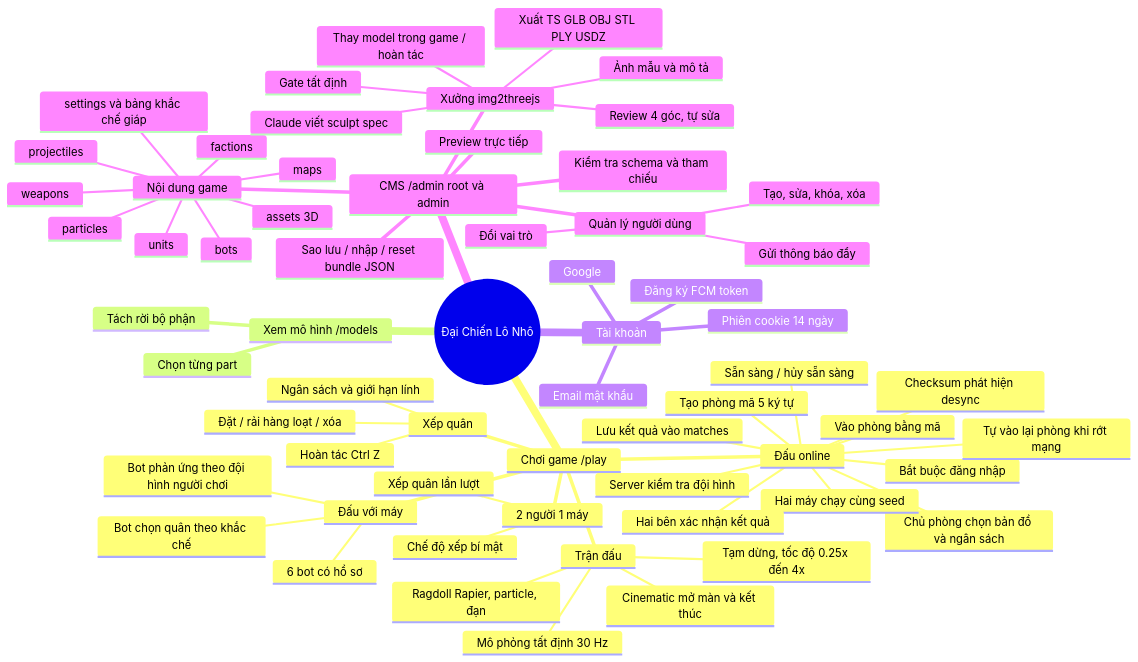
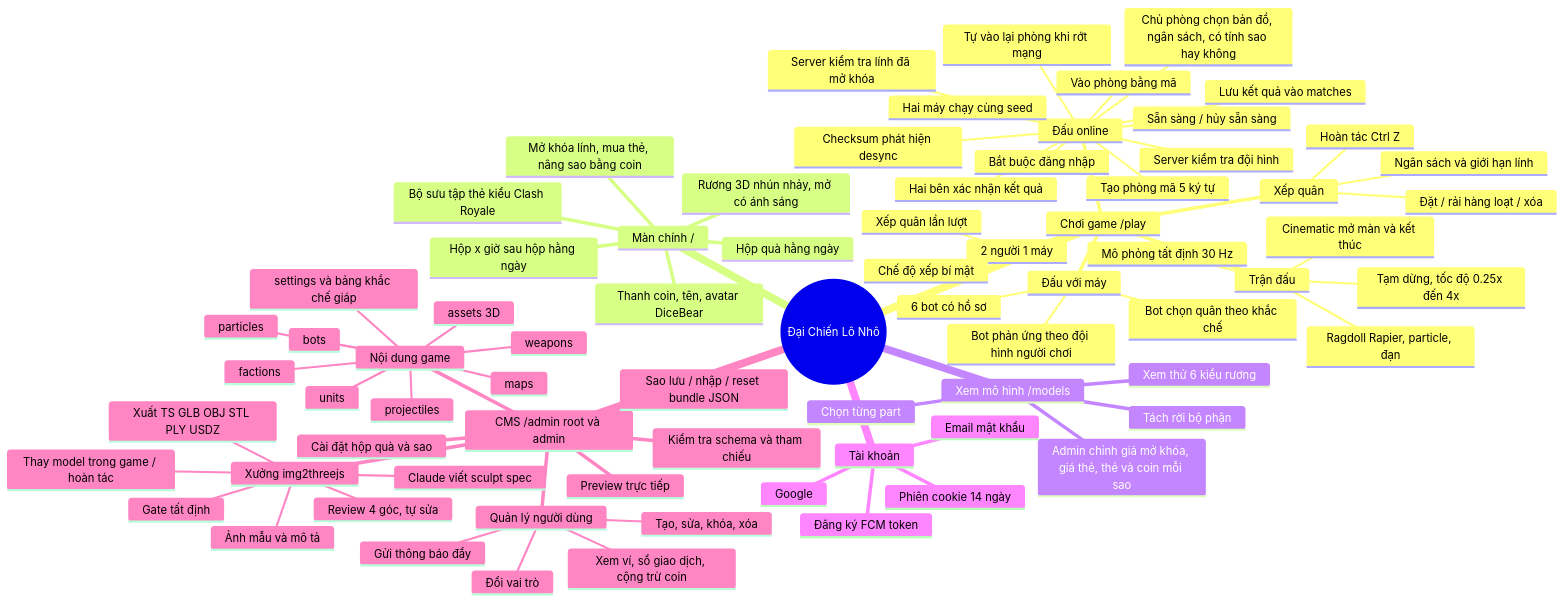
Before and after one commit to lualua0909/simulator-battle-webgame: the second of 11 diagrams in docs/ARCHITECTURE.md, drawn with Mermaid. The commit also changed other lines of this file and 52 other files, not shown here.

````diff
--- a/docs/ARCHITECTURE.md
+++ b/docs/ARCHITECTURE.md
@@ -72,66 +82,78 @@
 ```mermaid
 mindmap
   root((Đại Chiến Lô Nhô))
     Chơi game /play
       Đấu với máy
         6 bot có hồ sơ
         Bot chọn quân theo khắc chế
         Bot phản ứng theo đội hình người chơi
       2 người 1 máy
         Xếp quân lần lượt
         Chế độ xếp bí mật
       Đấu online
         Bắt buộc đăng nhập
         Tạo phòng mã 5 ký tự
         Vào phòng bằng mã
-        Chủ phòng chọn bản đồ và ngân sách
+        Chủ phòng chọn bản đồ, ngân sách, có tính sao hay không
+        Server kiểm tra lính đã mở khóa
         Sẵn sàng / hủy sẵn sàng
         Server kiểm tra đội hình
         Hai máy chạy cùng seed
         Checksum phát hiện desync
         Hai bên xác nhận kết quả
         Lưu kết quả vào matches
         Tự vào lại phòng khi rớt mạng
       Xếp quân
         Đặt / rải hàng loạt / xóa
         Hoàn tác Ctrl Z
         Ngân sách và giới hạn lính
       Trận đấu
         Mô phỏng tất định 30 Hz
         Tạm dừng, tốc độ 0.25x đến 4x
         Ragdoll Rapier, particle, đạn
         Cinematic mở màn và kết thúc
+    Màn chính /
+      Thanh coin, tên, avatar DiceBear
+      Hộp quà hằng ngày
+      Hộp x giờ sau hộp hằng ngày
+      Rương 3D nhún nhảy, mở có ánh sáng
+      Bộ sưu tập thẻ kiểu Clash Royale
+      Mở khóa lính, mua thẻ, nâng sao bằng coin
     Xem mô hình /models
       Tách rời bộ phận
       Chọn từng part
+      Xem thử 6 kiểu rương
+      Admin chỉnh giá mở khóa, giá thẻ, thẻ và coin mỗi sao
     Tài khoản
       Email mật khẩu
       Google
       Phiên cookie 14 ngày
       Đăng ký FCM token
     CMS /admin root và admin
       Nội dung game
         factions
         units
         weapons
         projectiles
         particles
         assets 3D
         maps
         bots
         settings và bảng khắc chế giáp
       Kiểm tra schema và tham chiếu
       Preview trực tiếp
       Sao lưu / nhập / reset bundle JSON
       Quản lý người dùng
         Tạo, sửa, khóa, xóa
         Đổi vai trò
         Gửi thông báo đẩy
+        Xem ví, sổ giao dịch, cộng trừ coin
+      Cài đặt hộp quà và sao
       Xưởng img2threejs
         Ảnh mẫu và mô tả
         Claude viết sculpt spec
         Gate tất định
         Review 4 góc, tự sửa
         Xuất TS GLB OBJ STL PLY USDZ
         Thay model trong game / hoàn tác
 ```
````
